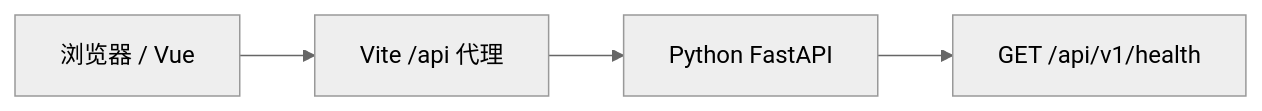
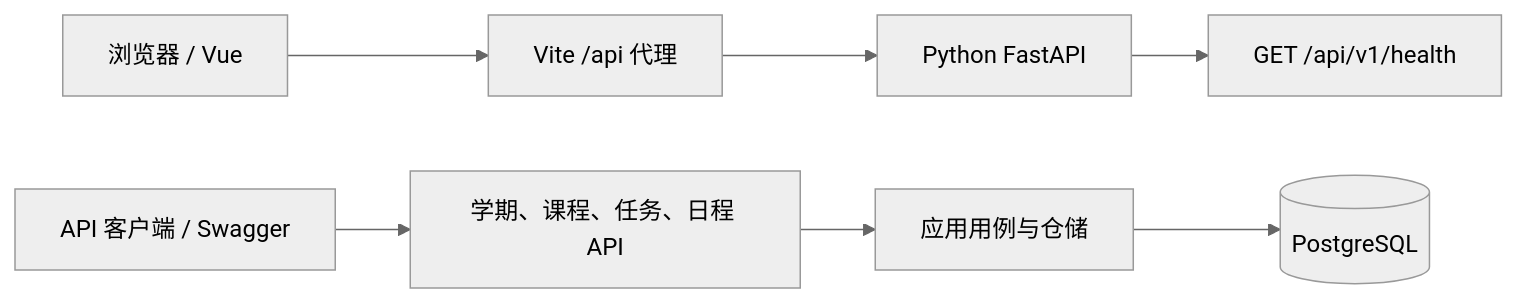
One commit to LUNARKN1GHT/CampusFlow changed the first of 2 diagrams in README.md. Above: the diagram before and after it, drawn with Mermaid (neutral theme). The commit also changed other lines of this file and 12 other files, not shown here.

````diff
--- a/README.md
+++ b/README.md
@@ -23,6 +25,9 @@
 ```mermaid
 flowchart LR
     Browser[浏览器 / Vue] --> Proxy[Vite /api 代理]
     Proxy --> API[Python FastAPI]
     API --> Health[GET /api/v1/health]
+    Client[API 客户端 / Swagger] --> Business[学期、课程、任务、日程 API]
+    Business --> UseCases[应用用例与仓储]
+    UseCases --> DB[(PostgreSQL)]
 ```
````
